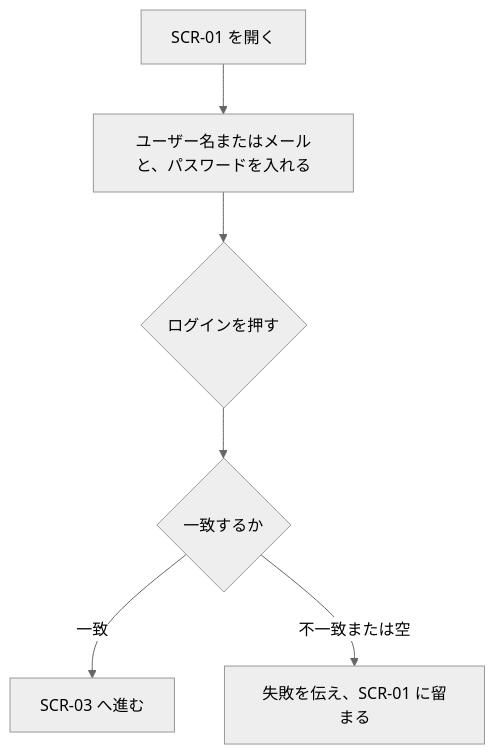
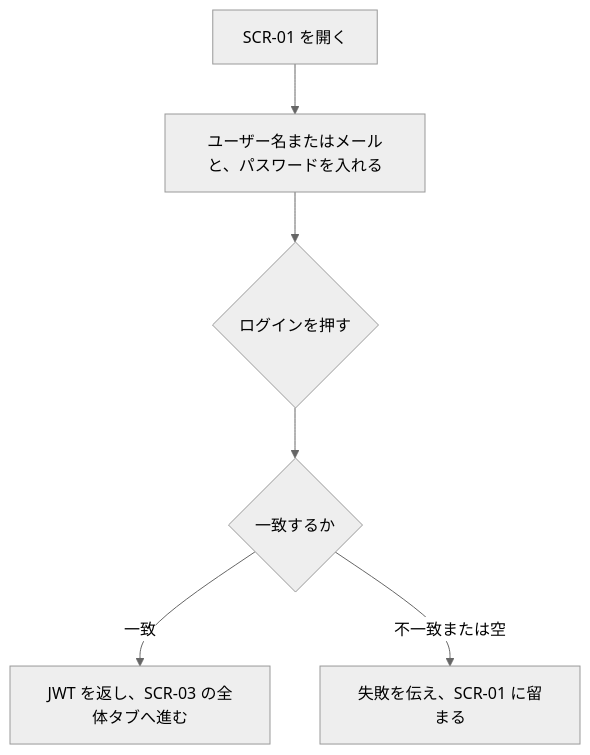
The second of 4 diagrams in ドキュメント/機能定義/アカウント.md (pfgnsb/learning-sns), drawn with Mermaid (neutral theme) before and after one commit. The commit also changed other lines of this file and 14 other files, not shown here.

````diff
--- a/ドキュメント/機能定義/アカウント.md
+++ b/ドキュメント/機能定義/アカウント.md
@@ -91,8 +96,8 @@
 ```mermaid
 flowchart TD
   open[SCR-01 を開く] --> input[ユーザー名またはメールと、パスワードを入れる]
   input --> send{ログインを押す}
   send --> check{一致するか}
-  check -->|一致| home[SCR-03 へ進む]
+  check -->|一致| home[JWT を返し、SCR-03 の全体タブへ進む]
   check -->|不一致または空| stay[失敗を伝え、SCR-01 に留まる]
 ```
````
